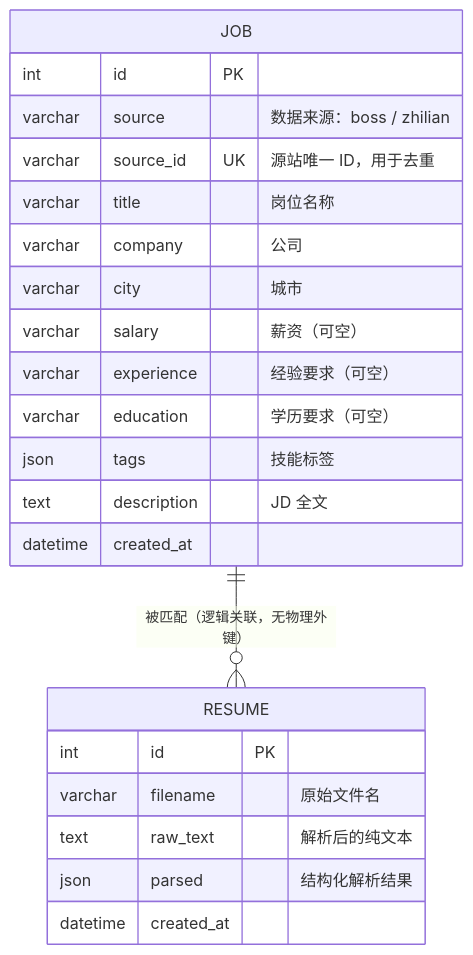
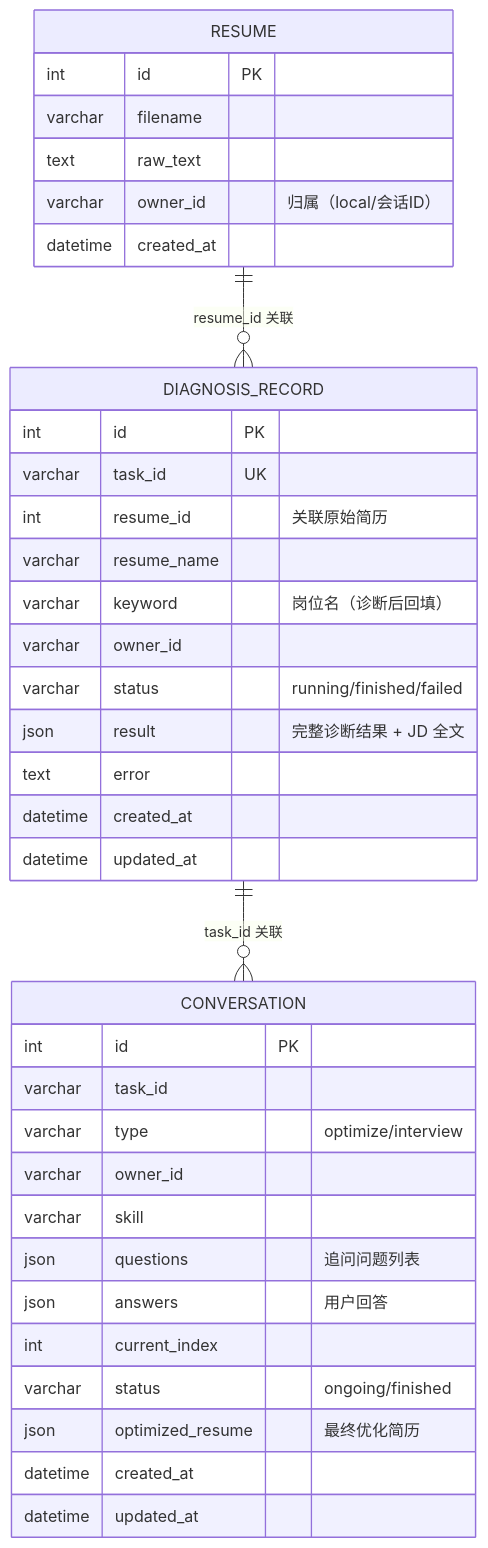
Before and after one commit to xuyi19/resumatch-ai: the third of 5 diagrams in docs/ResuMatch-AI-技术说明文档.md, drawn with Mermaid. The commit also changed other lines of this file and 4 other files, not shown here.

````diff
--- a/docs/ResuMatch-AI-技术说明文档.md
+++ b/docs/ResuMatch-AI-技术说明文档.md
@@ -277,27 +295,42 @@
 ```mermaid
 erDiagram
-    JOB ||--o{ RESUME : "被匹配（逻辑关联，无物理外键）"
+    RESUME ||--o{ DIAGNOSIS_RECORD : "resume_id 关联"
+    DIAGNOSIS_RECORD ||--o{ CONVERSATION : "task_id 关联"
 
-    JOB {
+    RESUME {
         int id PK
-        varchar source "数据来源：boss / zhilian"
-        varchar source_id UK "源站唯一 ID，用于去重"
-        varchar title "岗位名称"
-        varchar company "公司"
-        varchar city "城市"
-        varchar salary "薪资（可空）"
-        varchar experience "经验要求（可空）"
-        varchar education "学历要求（可空）"
-        json tags "技能标签"
-        text description "JD 全文"
+        varchar filename
+        text raw_text
+        varchar owner_id "归属（local/会话ID）"
         datetime created_at
     }
 
-    RESUME {
+    DIAGNOSIS_RECORD {
         int id PK
-        varchar filename "原始文件名"
-        text raw_text "解析后的纯文本"
-        json parsed "结构化解析结果"
+        varchar task_id UK
+        int resume_id "关联原始简历"
+        varchar resume_name
+        varchar keyword "岗位名（诊断后回填）"
+        varchar owner_id
+        varchar status "running/finished/failed"
+        json result "完整诊断结果 + JD 全文"
+        text error
         datetime created_at
+        datetime updated_at
+    }
+
+    CONVERSATION {
+        int id PK
+        varchar task_id
+        varchar type "optimize/interview"
+        varchar owner_id
+        varchar skill
+        json questions "追问问题列表"
+        json answers "用户回答"
+        int current_index
+        varchar status "ongoing/finished"
+        json optimized_resume "最终优化简历"
+        datetime created_at
+        datetime updated_at
     }
 ```
````
